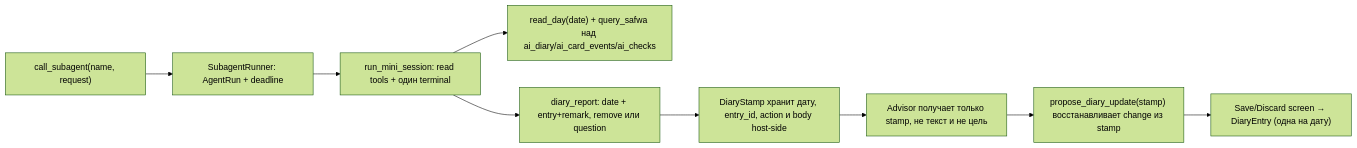
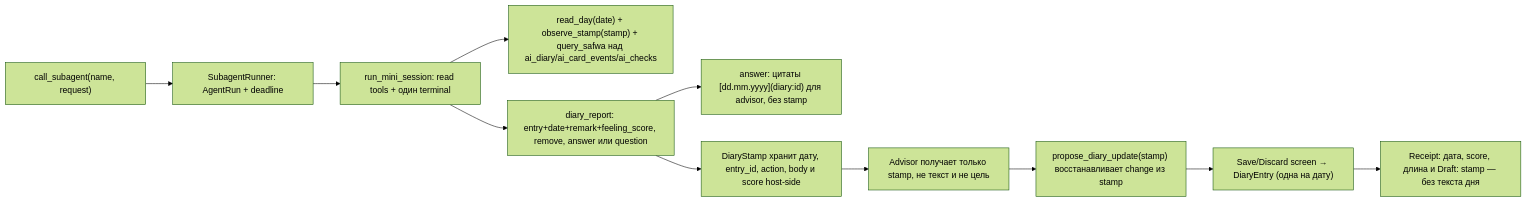
The sixth of 12 diagrams in docs/STRUCTURE_GRAPH.md (myvaheed/tg-ai-safwa), drawn with Mermaid (forest theme) before and after one commit. The commit also changed other lines of this file and 24 other files, not shown here.

````diff
--- a/docs/STRUCTURE_GRAPH.md
+++ b/docs/STRUCTURE_GRAPH.md
@@ -191,11 +191,13 @@
 ```mermaid
 flowchart LR
     CALL["call_subagent(name, request)"] --> RUNNER["SubagentRunner: AgentRun + deadline"]
     RUNNER --> MINI["run_mini_session: read tools + один terminal"]
-    MINI --> READ["read_day(date) + query_safwa над ai_diary/ai_card_events/ai_checks"]
-    MINI --> REPORT["diary_report: date + entry+remark, remove или question"]
-    REPORT --> STAMP["DiaryStamp хранит дату, entry_id, action и body host-side"]
+    MINI --> READ["read_day(date) + observe_stamp(stamp) + query_safwa над ai_diary/ai_card_events/ai_checks"]
+    MINI --> REPORT["diary_report: entry+date+remark+feeling_score, remove, answer или question"]
+    REPORT --> ANSWER["answer: цитаты [dd.mm.yyyy](diary:id) для advisor, без stamp"]
+    REPORT --> STAMP["DiaryStamp хранит дату, entry_id, action, body и score host-side"]
     STAMP --> RESULT["Advisor получает только stamp, не текст и не цель"]
     RESULT --> PROPOSE["propose_diary_update(stamp) восстанавливает change из stamp"]
     PROPOSE --> SCREEN["Save/Discard screen → DiaryEntry (одна на дату)"]
+    SCREEN --> RECEIPT["Receipt: дата, score, длина и Draft: stamp — без текста дня"]
 ```
````
